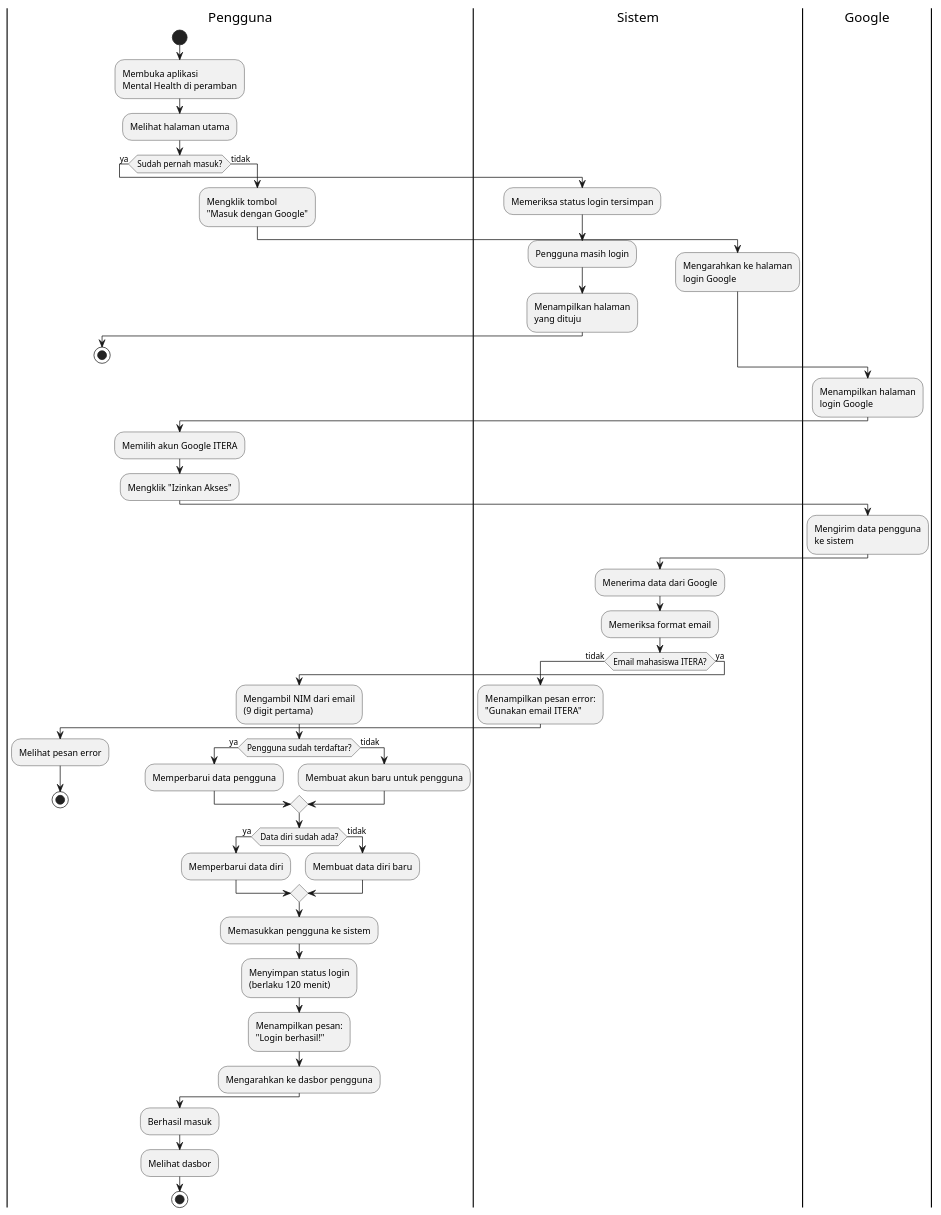
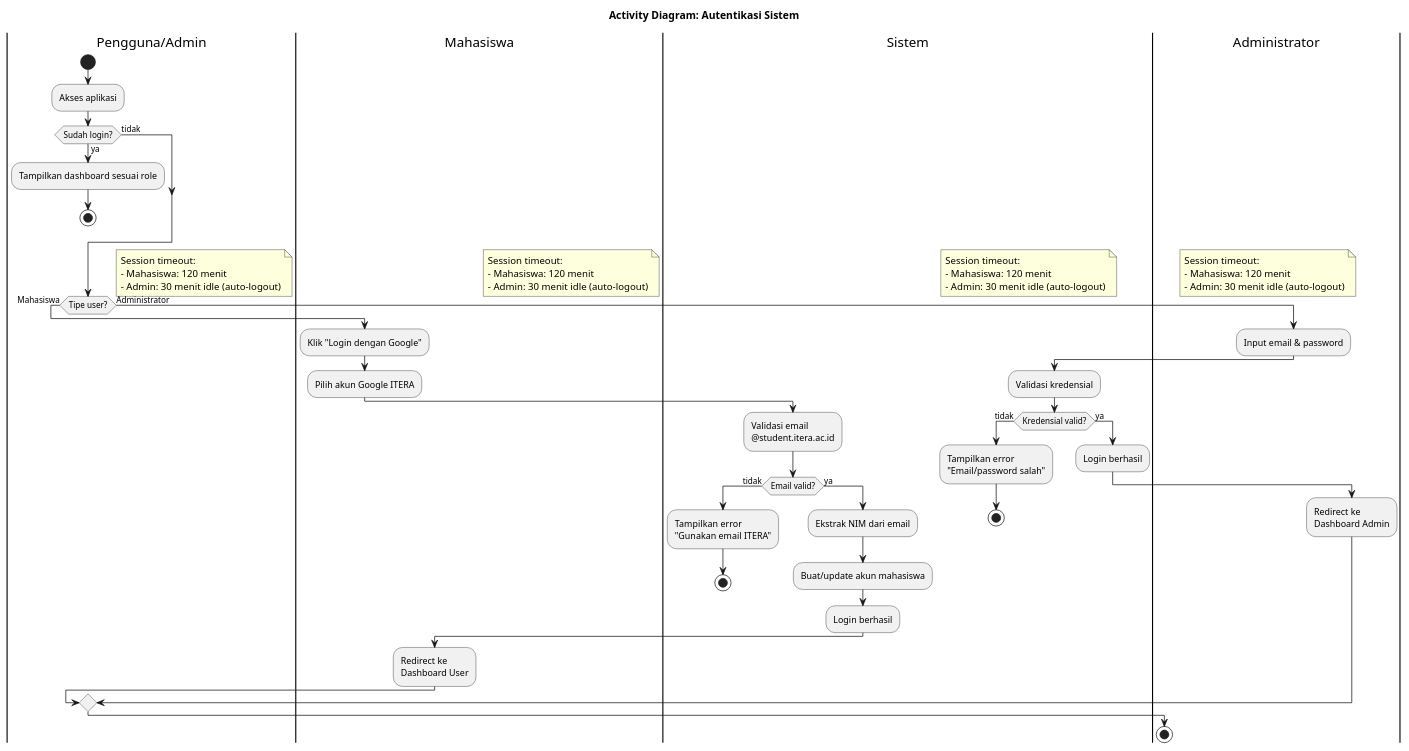
One commit to FathurrahmanAlHafid121140088/AsessmentOnlineITERA changed the second of 8 diagrams in documentation/01-backend/MENTAL_HEALTH_DIAGRAMS.md. Above: the diagram before and after it, drawn with PlantUML. The commit also changed other lines of this file and 32 other files, not shown here.

````diff
--- a/documentation/01-backend/MENTAL_HEALTH_DIAGRAMS.md
+++ b/documentation/01-backend/MENTAL_HEALTH_DIAGRAMS.md
@@ -120,73 +116,63 @@
 ```plantuml
 @startuml
-|Pengguna|
+title Activity Diagram: Autentikasi Sistem
+|Pengguna/Admin|
 start
-:Membuka aplikasi\nMental Health di peramban;
 
-:Melihat halaman utama;
+:Akses aplikasi;
 
-if (Sudah pernah masuk?) then (ya)
-  |Sistem|
-  :Memeriksa status login tersimpan;
-  :Pengguna masih login;
-  :Menampilkan halaman\nyang dituju;
-  |Pengguna|
+if (Sudah login?) then (ya)
+  :Tampilkan dashboard sesuai role;
   stop
 else (tidak)
-  :Mengklik tombol\n"Masuk dengan Google";
+endif
+
+if (Tipe user?) then (Mahasiswa)
+  |Mahasiswa|
+  :Klik "Login dengan Google";
+  :Pilih akun Google ITERA;
 
   |Sistem|
-  :Mengarahkan ke halaman\nlogin Google;
+  :Validasi email\n@student.itera.ac.id;
+
+  if (Email valid?) then (tidak)
+    |Sistem|
+    :Tampilkan error\n"Gunakan email ITERA";
+    stop
+  else (ya)
+    |Sistem|
+    :Ekstrak NIM dari email;
+    :Buat/update akun mahasiswa;
+    :Login berhasil;
+    |Mahasiswa|
+    :Redirect ke\nDashboard User;
+  endif
+
+else (Administrator)
+  |Administrator|
+  :Input email & password;
+
+  |Sistem|
+  :Validasi kredensial;
+
+  if (Kredensial valid?) then (tidak)
+    |Sistem|
+    :Tampilkan error\n"Email/password salah";
+    stop
+  else (ya)
+    |Sistem|
+    :Login berhasil;
+    |Administrator|
+    :Redirect ke\nDashboard Admin;
+  endif
 endif
 
-|Google|
-:Menampilkan halaman\nlogin Google;
-
-|Pengguna|
-:Memilih akun Google ITERA;
-:Mengklik "Izinkan Akses";
-
-|Google|
-:Mengirim data pengguna\nke sistem;
-
-|Sistem|
-:Menerima data dari Google;
-
-:Memeriksa format email;
-
-if (Email mahasiswa ITERA?) then (tidak)
-  :Menampilkan pesan error:\n"Gunakan email ITERA";
-  |Pengguna|
-  :Melihat pesan error;
-  stop
-else (ya)
-  :Mengambil NIM dari email\n(9 digit pertama);
-
-  if (Pengguna sudah terdaftar?) then (ya)
-    :Memperbarui data pengguna;
-  else (tidak)
-    :Membuat akun baru untuk pengguna;
-  endif
-
-  if (Data diri sudah ada?) then (ya)
-    :Memperbarui data diri;
-  else (tidak)
-    :Membuat data diri baru;
-  endif
-
-  :Memasukkan pengguna ke sistem;
-
-  :Menyimpan status login\n(berlaku 120 menit);
-
-  :Menampilkan pesan:\n"Login berhasil!";
-
-  :Mengarahkan ke dasbor pengguna;
-endif
-
-|Pengguna|
-:Berhasil masuk;
-:Melihat dasbor;
+note right
+  Session timeout:
+  - Mahasiswa: 120 menit
+  - Admin: 30 menit idle (auto-logout)
+end note
 
 stop
 @enduml
 ```
````
